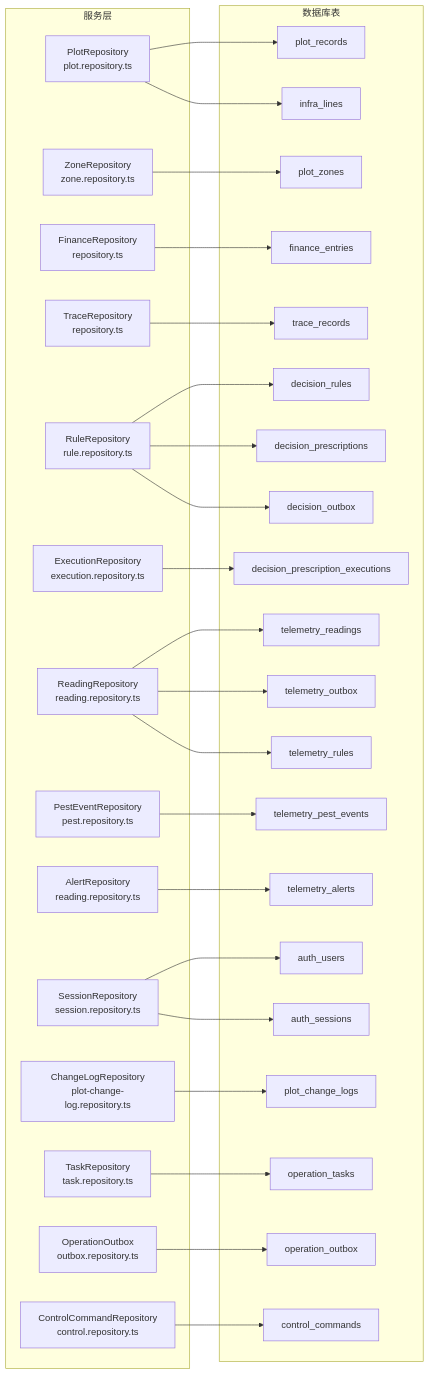
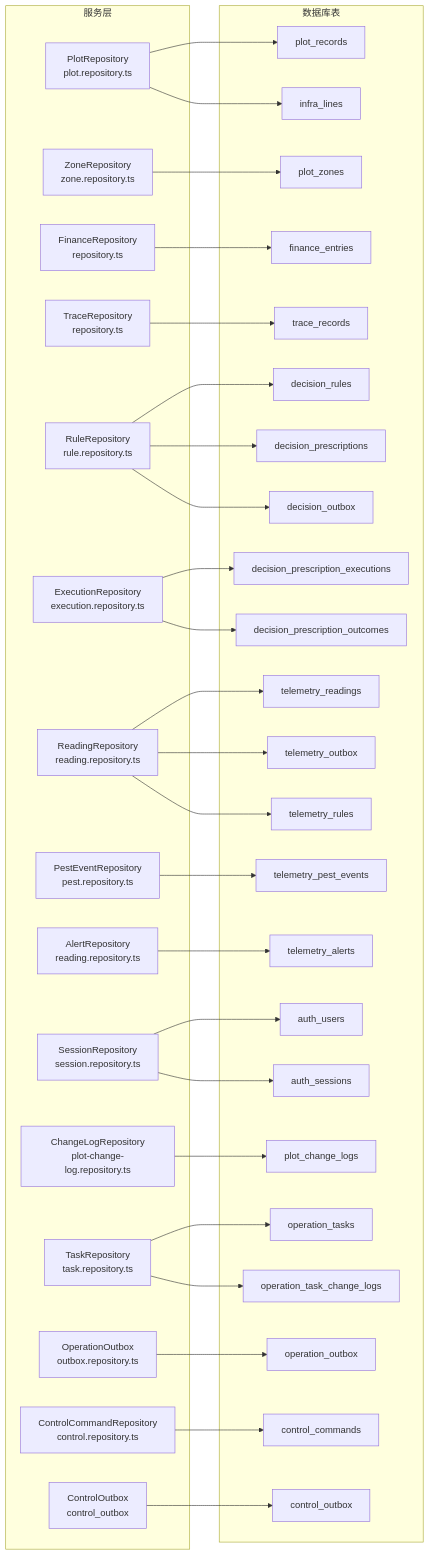
Before and after one commit to q446328246/agri-platform: the second of 23 diagrams in .qoder/repowiki/zh/content/数据库设计/数据库设计.md, drawn with Mermaid. The commit also changed other lines of this file and 48 other files, not shown here.

````diff
--- a/.qoder/repowiki/zh/content/数据库设计/数据库设计.md
+++ b/.qoder/repowiki/zh/content/数据库设计/数据库设计.md
@@ -204,61 +227,68 @@
 ```mermaid
 graph LR
 subgraph "服务层"
 PS["PlotRepository<br/>plot.repository.ts"]
 ZR["ZoneRepository<br/>zone.repository.ts"]
 FS["FinanceRepository<br/>repository.ts"]
 TRS["TraceRepository<br/>repository.ts"]
 RS["RuleRepository<br/>rule.repository.ts"]
 ER["ExecutionRepository<br/>execution.repository.ts"]
 RR["ReadingRepository<br/>reading.repository.ts"]
 PR["PestEventRepository<br/>pest.repository.ts"]
 AR["AlertRepository<br/>reading.repository.ts"]
 ASR["SessionRepository<br/>session.repository.ts"]
 CLR["ChangeLogRepository<br/>plot-change-log.repository.ts"]
 TSR["TaskRepository<br/>task.repository.ts"]
 OOB["OperationOutbox<br/>outbox.repository.ts"]
 CR["ControlCommandRepository<br/>control.repository.ts"]
+COOB["ControlOutbox<br/>control_outbox"]
 end
 subgraph "数据库表"
 T1["plot_records"]
 T2["finance_entries"]
 T3["trace_records"]
 T4["decision_rules"]
 T5["decision_prescriptions"]
 T6["decision_prescription_executions"]
-T7["telemetry_readings"]
-T8["telemetry_alerts"]
-T9["decision_outbox"]
-T10["telemetry_outbox"]
-T11["auth_users"]
-T12["auth_sessions"]
-T13["telemetry_rules"]
-T14["telemetry_pest_events"]
-T15["infra_lines"]
-T16["plot_zones"]
-T17["plot_change_logs"]
-T18["operation_tasks"]
-T19["operation_outbox"]
-T20["control_commands"]
+T7["decision_prescription_outcomes"]
+T8["telemetry_readings"]
+T9["telemetry_alerts"]
+T10["decision_outbox"]
+T11["telemetry_outbox"]
+T12["auth_users"]
+T13["auth_sessions"]
+T14["telemetry_rules"]
+T15["telemetry_pest_events"]
+T16["infra_lines"]
+T17["plot_zones"]
+T18["plot_change_logs"]
+T19["operation_tasks"]
+T20["operation_outbox"]
+T21["control_commands"]
+T22["control_outbox"]
+T23["operation_task_change_logs"]
 end
 PS --> T1
-ZR --> T16
+ZR --> T17
 FS --> T2
 TRS --> T3
 RS --> T4
 RS --> T5
 ER --> T6
-RR --> T7
-PR --> T14
-AR --> T8
-RS --> T9
-RR --> T10
-ASR --> T11
+ER --> T7
+RR --> T8
+PR --> T15
+AR --> T9
+RS --> T10
+RR --> T11
 ASR --> T12
-RR --> T13
-PS --> T15
-CLR --> T17
-TSR --> T18
-OOB --> T19
-CR --> T20
+ASR --> T13
+RR --> T14
+PS --> T16
+CLR --> T18
+TSR --> T19
+OOB --> T20
+CR --> T21
+COOB --> T22
+TSR --> T23
 ```
````
